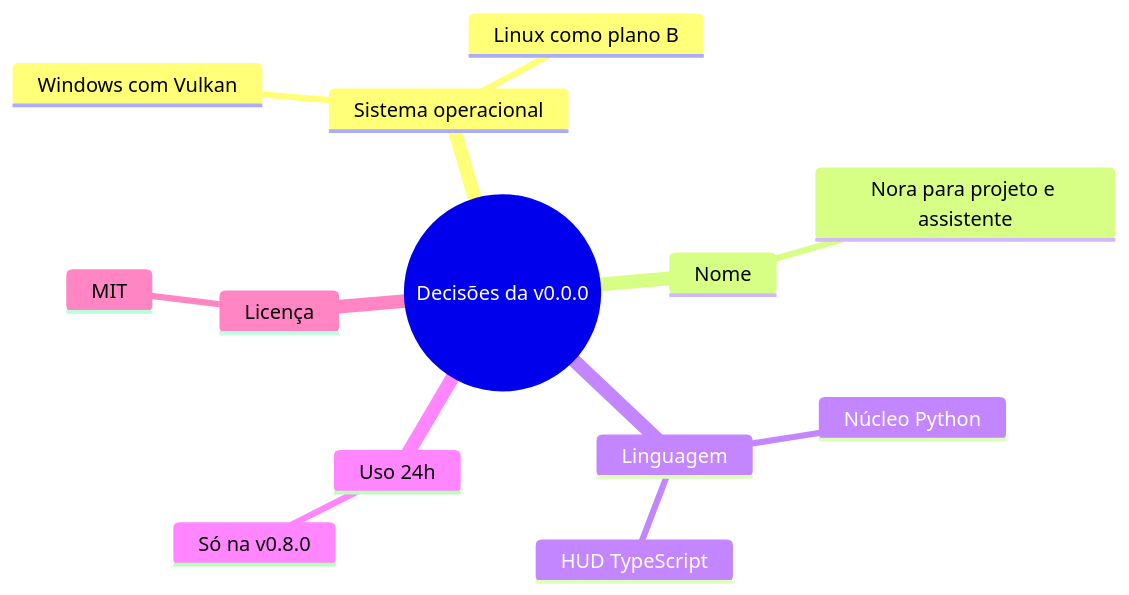
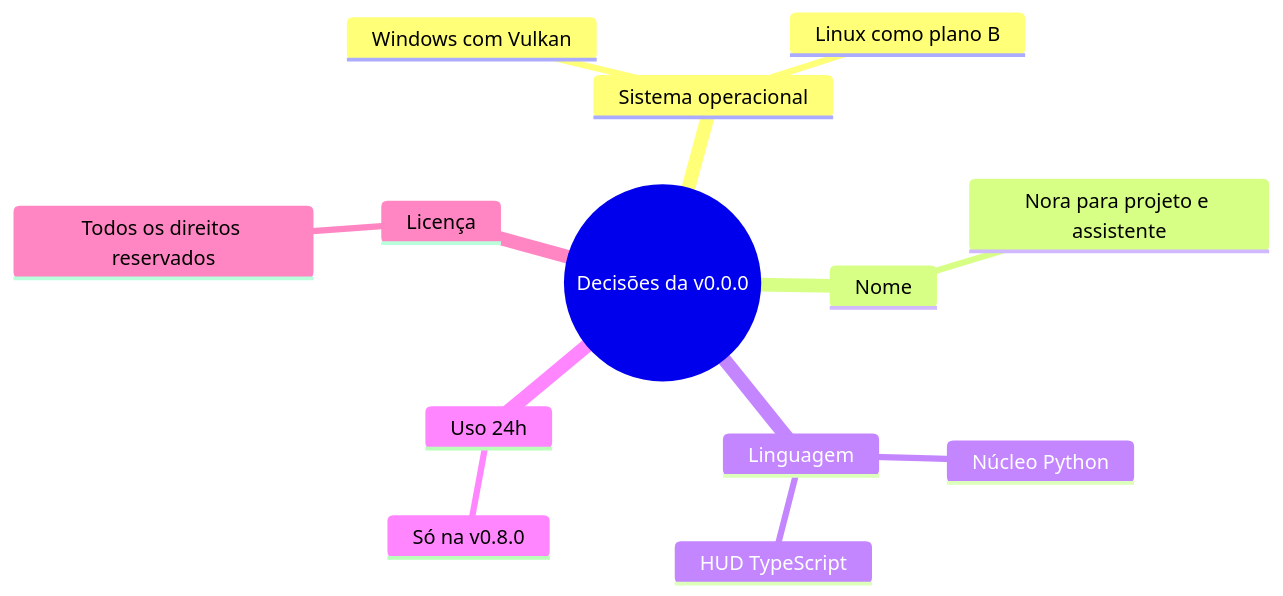
One commit to Gabitoprof/Nora changed the fourth of 4 diagrams in docs/MAPA_MENTAL.md. Above: the diagram before and after it, drawn with Mermaid. The commit also changed 11 other files, not shown here.

````diff
--- a/docs/MAPA_MENTAL.md
+++ b/docs/MAPA_MENTAL.md
@@ -178,16 +178,16 @@
 ```mermaid
 mindmap
   root((Decisões da v0.0.0))
     Sistema operacional
       Windows com Vulkan
       Linux como plano B
     Nome
       Nora para projeto e assistente
     Linguagem
       Núcleo Python
       HUD TypeScript
     Uso 24h
       Só na v0.8.0
     Licença
-      MIT
+      Todos os direitos reservados
 ```
````
